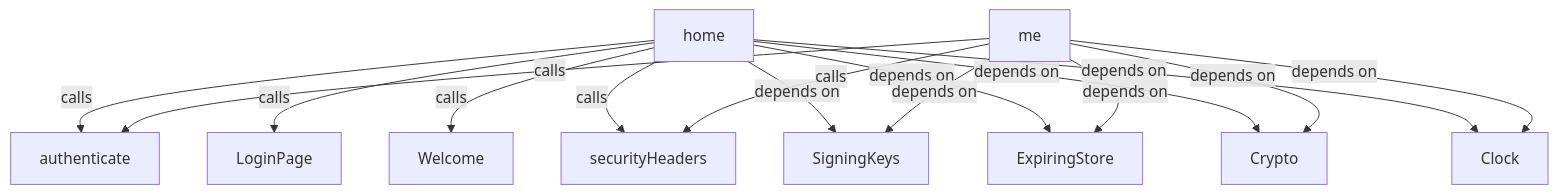
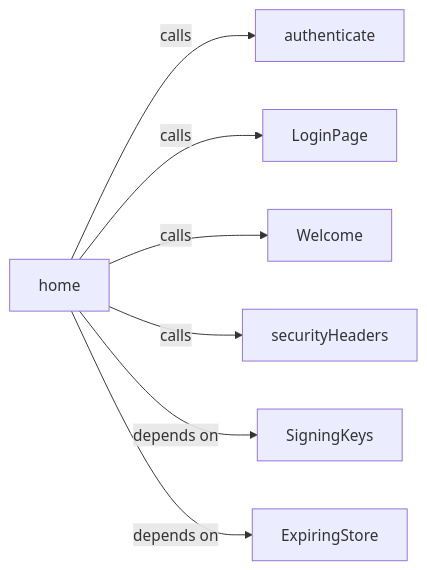
Before and after one commit to GreenPandaStudios/augscript: the first of 5 diagrams in docs/examples/oidc-login/client/endpoints-diagrams.md, drawn with Mermaid. The commit also changed other lines of this file and 304 other files, not shown here.

Commit message:
Make generated data-flow sequences concise and review every diagram

````diff
--- a/docs/examples/oidc-login/client/endpoints-diagrams.md
+++ b/docs/examples/oidc-login/client/endpoints-diagrams.md
@@ -19,27 +23,16 @@
 ```mermaid
-flowchart TD
+flowchart LR
     n0["home"]
-    n1["me"]
-    n2["authenticate"]
-    n3["LoginPage"]
-    n4["Welcome"]
-    n5["securityHeaders"]
-    n6["SigningKeys"]
-    n7["ExpiringStore"]
-    n8["Crypto"]
-    n9["Clock"]
+    n1["authenticate"]
+    n2["LoginPage"]
+    n3["Welcome"]
+    n4["securityHeaders"]
+    n5["SigningKeys"]
+    n6["ExpiringStore"]
+    n0 -->|"calls"| n1
     n0 -->|"calls"| n2
     n0 -->|"calls"| n3
     n0 -->|"calls"| n4
-    n0 -->|"calls"| n5
+    n0 -->|"depends on"| n5
     n0 -->|"depends on"| n6
-    n0 -->|"depends on"| n7
-    n0 -->|"depends on"| n8
-    n0 -->|"depends on"| n9
-    n1 -->|"calls"| n2
-    n1 -->|"calls"| n5
-    n1 -->|"depends on"| n6
-    n1 -->|"depends on"| n7
-    n1 -->|"depends on"| n8
-    n1 -->|"depends on"| n9
 ```
````
